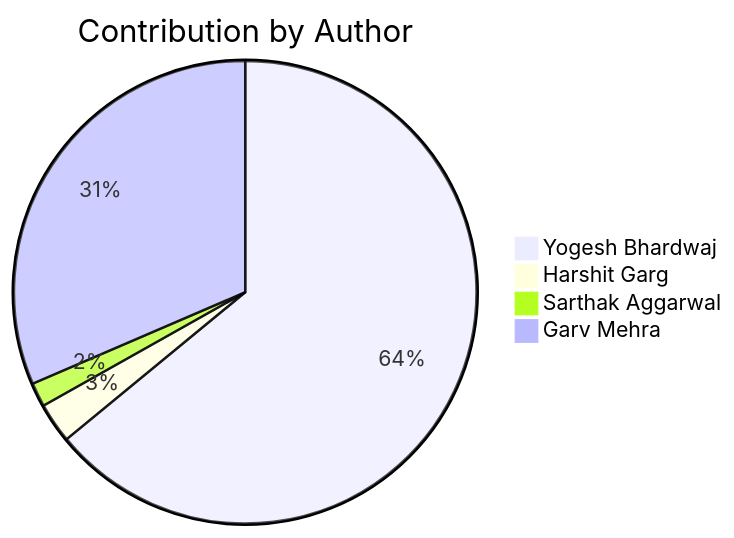
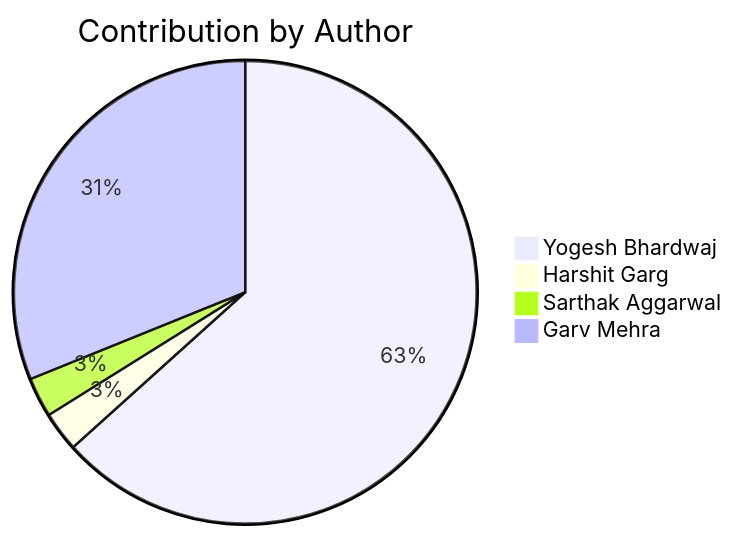
The second of 2 diagrams in README.md (Yogesh-Bhardwaj-hue/Scm-Final_2.0), drawn with Mermaid before and after one commit. The commit also changed other lines of this file, not shown here.

Commit message:
Update contribution charts

````diff
--- a/README.md
+++ b/README.md
@@ -192,7 +192,7 @@
 ```mermaid
 pie title Contribution by Author
     "Yogesh Bhardwaj": 114
     "Harshit Garg": 5
-    "Sarthak Aggarwal": 3
+    "Sarthak Aggarwal": 5
     "Garv Mehra": 56
 ```
````
